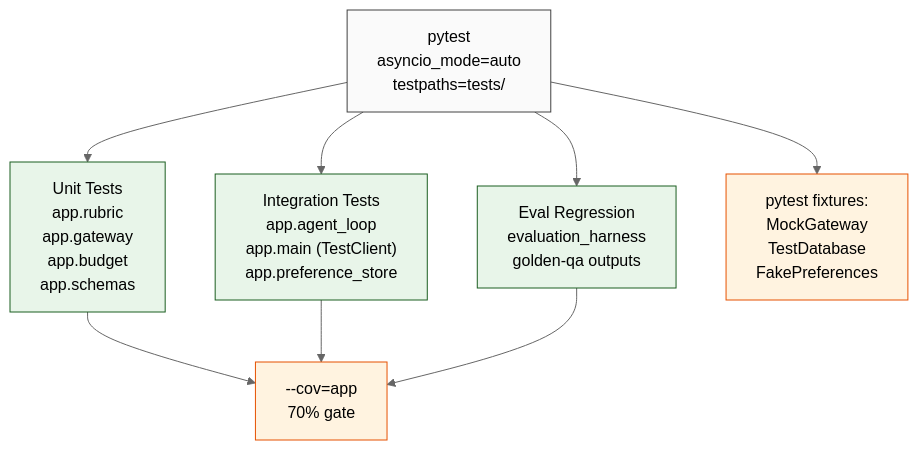
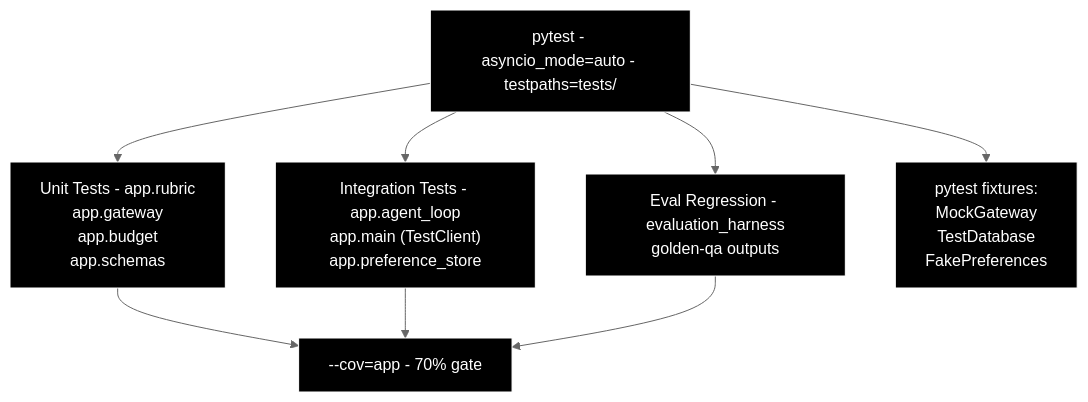
Diagram 16 of 16 in docs/TECHNICAL_DIAGRAMS.md (Hasan26ozcan/Script-Supervisor), drawn with Mermaid (neutral theme) before and after one commit. The commit also changed other lines of this file and 1 other file, not shown here.

Commit message:
update technical diagram

````diff
--- a/docs/TECHNICAL_DIAGRAMS.md
+++ b/docs/TECHNICAL_DIAGRAMS.md
@@ -841,20 +797,14 @@
 ```mermaid
 graph TD
-    PYTEST["pytest<br/>asyncio_mode=auto<br/>testpaths=tests/"] --> UNIT["Unit Tests<br/>app.rubric<br/>app.gateway<br/>app.budget<br/>app.schemas"]
-    PYTEST --> INTEGRATION["Integration Tests<br/>app.agent_loop<br/>app.main (TestClient)<br/>app.preference_store"]
-    PYTEST --> EVAL["Eval Regression<br/>evaluation_harness<br/>golden-qa outputs"]
+    PYTEST["pytest - asyncio_mode=auto - testpaths=tests/"] --> UNIT["Unit Tests - app.rubric<br/>app.gateway<br/>app.budget<br/>app.schemas"]
+    PYTEST --> INTEGRATION["Integration Tests - app.agent_loop<br/>app.main (TestClient)<br/>app.preference_store"]
+    PYTEST --> EVAL["Eval Regression - evaluation_harness<br/>golden-qa outputs"]
 
-    UNIT --> COVERAGE["--cov=app<br/>70% gate"]
+    UNIT --> COVERAGE["--cov=app - 70% gate"]
     INTEGRATION --> COVERAGE
     EVAL --> COVERAGE
 
     PYTEST --> FIXTURES["pytest fixtures:<br/>MockGateway<br/>TestDatabase<br/>FakePreferences"]
 
-    classDef runner fill:#fafafa,stroke:#424242;
-    classDef level fill:#e8f5e9,stroke:#1b5e20;
-    classDef result fill:#fff3e0,stroke:#e65100;
-
-    class PYTEST runner;
-    class UNIT,INTEGRATION,EVAL level;
-    class COVERAGE,FIXTURES result;
+    classDef default fill:#000000,stroke:#ffffff,stroke-width:1px,color:#ffffff
 ```
````
